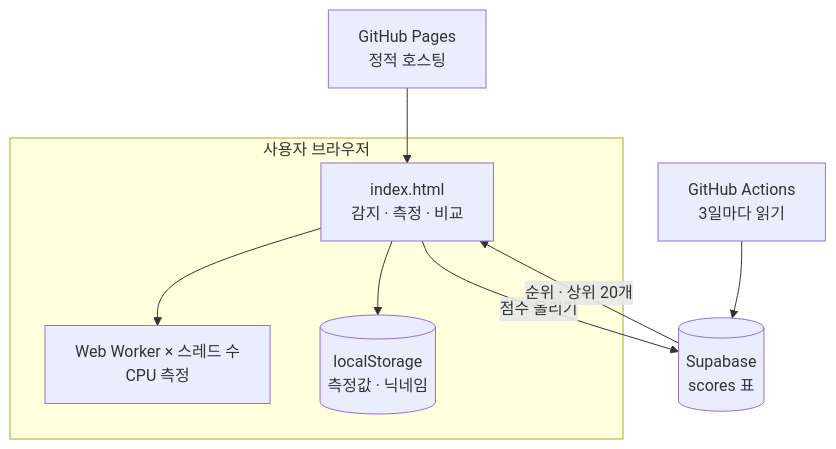
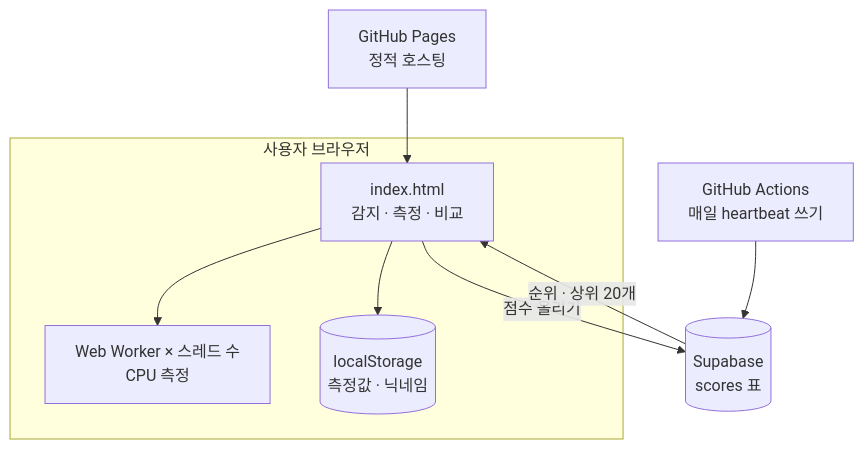
The diagram in README.md (jeiel85/laptop-spec-compare), drawn with Mermaid before and after one commit. The commit also changed other lines of this file and 3 other files, not shown here.

````diff
--- a/README.md
+++ b/README.md
@@ -72,14 +72,14 @@
 ```mermaid
 flowchart TB
   GH["GitHub Pages<br/>정적 호스팅"] --> P
   subgraph Browser["사용자 브라우저"]
     P["index.html<br/>감지 · 측정 · 비교"]
     W["Web Worker × 스레드 수<br/>CPU 측정"]
     L[("localStorage<br/>측정값 · 닉네임")]
     P --> W
     P --> L
   end
   P -- "점수 올리기" --> S[("Supabase<br/>scores 표")]
   S -- "순위 · 상위 20개" --> P
-  GA["GitHub Actions<br/>3일마다 읽기"] --> S
+  GA["GitHub Actions<br/>매일 heartbeat 쓰기"] --> S
 ```
````
